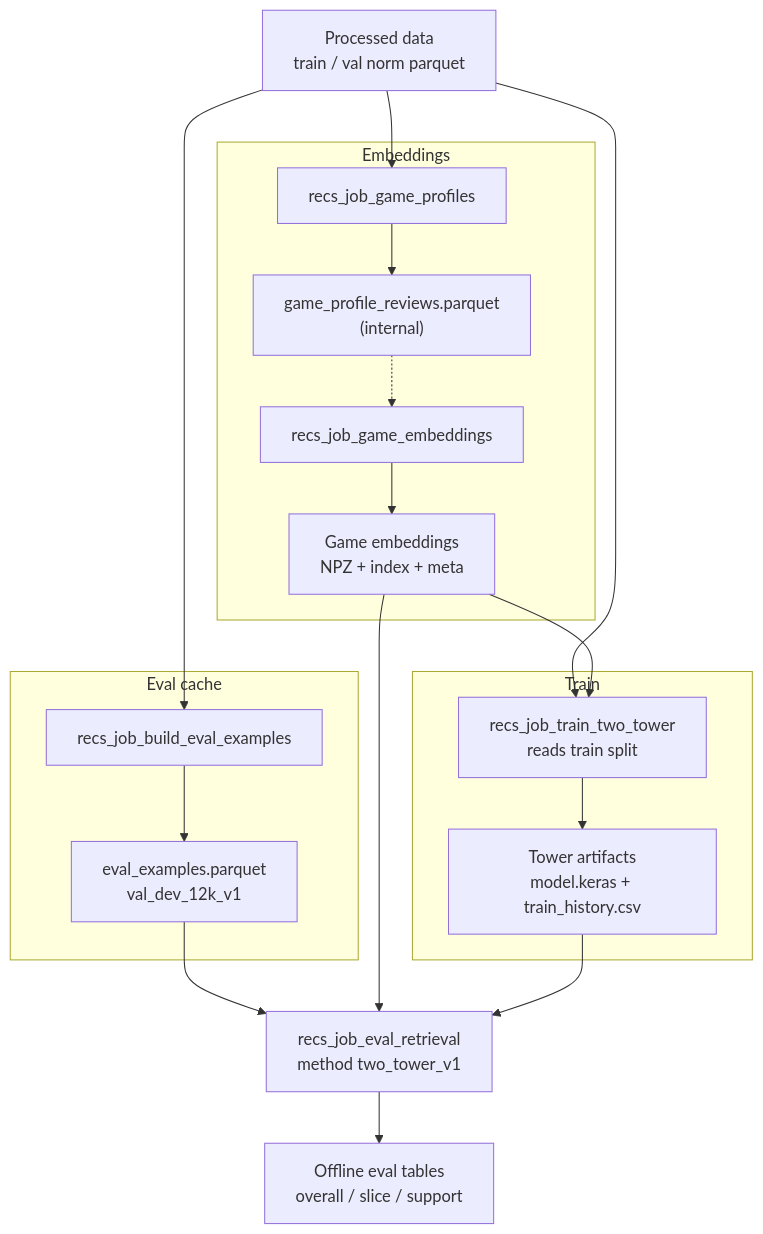
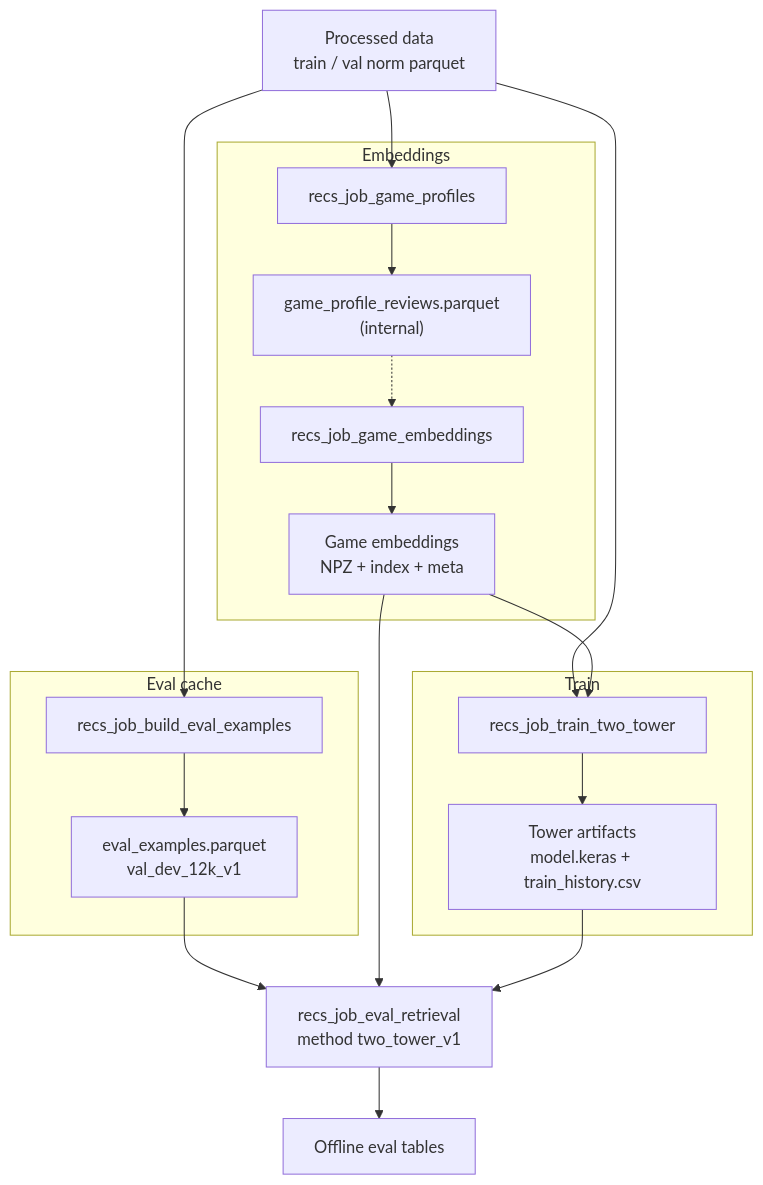
Before and after one commit to rreuther8/steam-review-ml: the diagram in docs/two_tower_pipeline_plan.md, drawn with Mermaid. The commit also changed other lines of this file and 17 other files, not shown here.

First line of the commit message:
Add two-tower train/eval pipeline and clarify retrieval code docs.

````diff
--- a/docs/two_tower_pipeline_plan.md
+++ b/docs/two_tower_pipeline_plan.md
@@ -28,38 +28,38 @@
 ```mermaid
 flowchart TB
   data["Processed data<br/>train / val norm parquet"]
 
   subgraph lane_emb["Embeddings"]
     pj["recs_job_game_profiles"]
     po["game_profile_reviews.parquet<br/>(internal)"]
     ej["recs_job_game_embeddings"]
     emb["Game embeddings<br/>NPZ + index + meta"]
     pj --> po
     po -.-> ej
     ej --> emb
   end
 
   subgraph lane_cache["Eval cache"]
     cj["recs_job_build_eval_examples"]
     cache["eval_examples.parquet<br/>val_dev_12k_v1"]
     cj --> cache
   end
 
   subgraph lane_train["Train"]
-    tj["recs_job_train_two_tower<br/>reads train split"]
+    tj["recs_job_train_two_tower"]
     tout["Tower artifacts<br/>model.keras + train_history.csv"]
     tj --> tout
   end
 
   evj["recs_job_eval_retrieval<br/>method two_tower_v1"]
-  evo["Offline eval tables<br/>overall / slice / support"]
+  evo["Offline eval tables"]
 
   data --> pj
   data --> cj
   data --> tj
   emb --> tj
   cache --> evj
   emb --> evj
   tout --> evj
   evj --> evo
 ```
````
